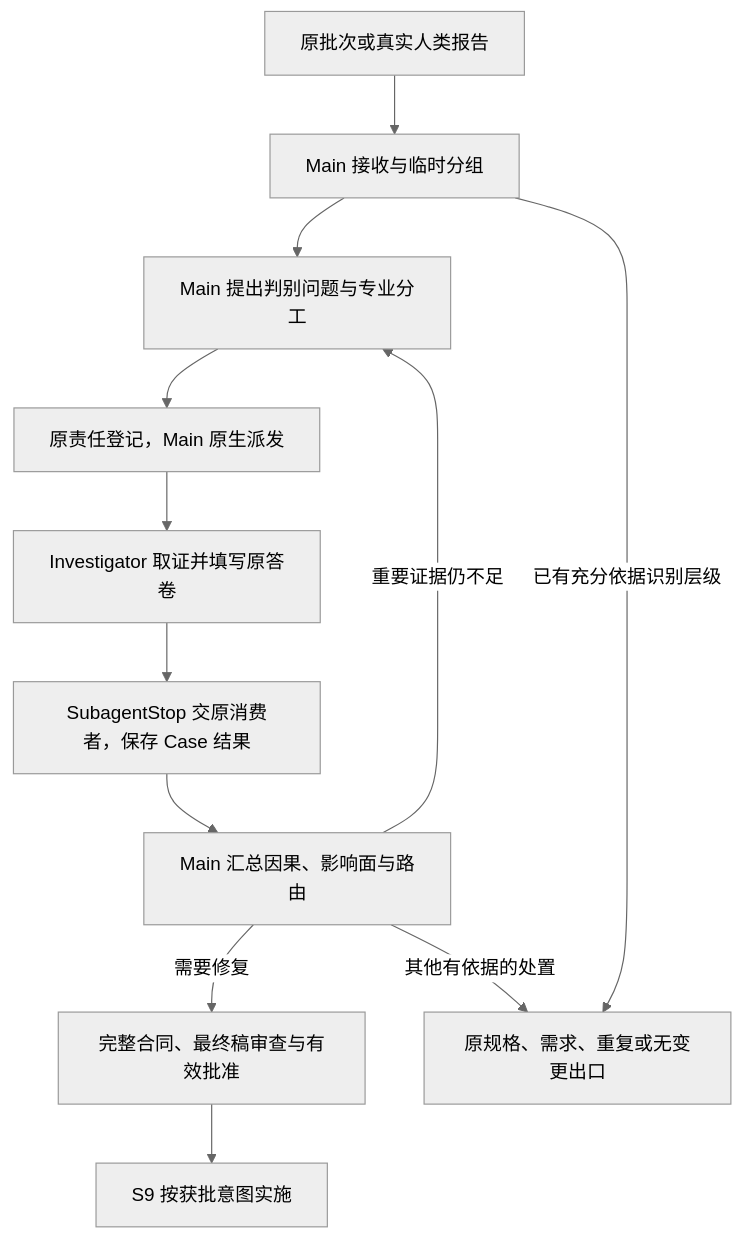
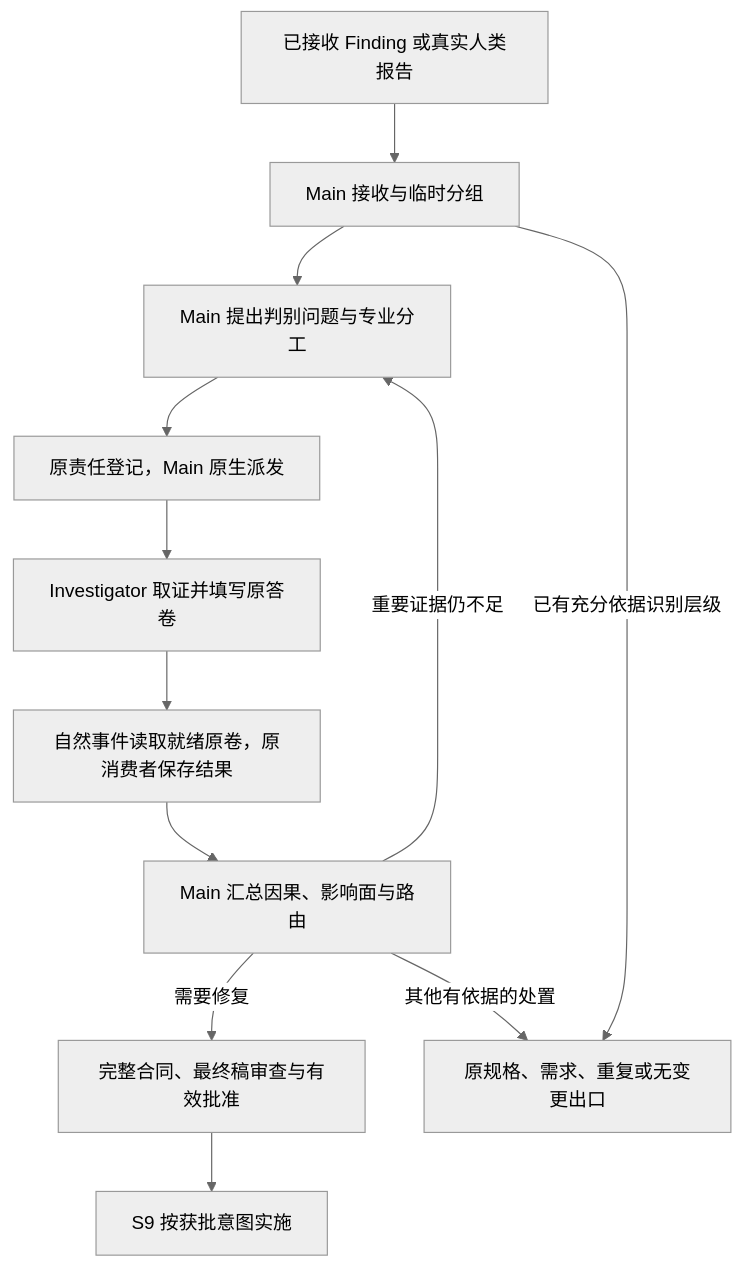
One commit to entroforge/go-system-builder changed the diagram in blueprint/l3-stages/L3-S8-finding-investigation.md. Above: the diagram before and after it, drawn with Mermaid (neutral theme). The commit also changed other lines of this file and 1694 other files, not shown here.

````diff
--- a/blueprint/l3-stages/L3-S8-finding-investigation.md
+++ b/blueprint/l3-stages/L3-S8-finding-investigation.md
@@ -192,14 +185,14 @@
 ```mermaid
 flowchart TD
-    SOURCE["原批次或真实人类报告"] --> INTAKE["Main 接收与临时分组"]
+    SOURCE["已接收 Finding 或真实人类报告"] --> INTAKE["Main 接收与临时分组"]
     INTAKE --> QUESTION["Main 提出判别问题与专业分工"]
     QUESTION --> DISPATCH["原责任登记，Main 原生派发"]
     DISPATCH --> WORK["Investigator 取证并填写原答卷"]
-    WORK --> RECEIVE["SubagentStop 交原消费者，保存 Case 结果"]
+    WORK --> RECEIVE["自然事件读取就绪原卷，原消费者保存结果"]
     RECEIVE --> CAUSE["Main 汇总因果、影响面与路由"]
     CAUSE -->|"重要证据仍不足"| QUESTION
     CAUSE -->|"需要修复"| CONTRACT["完整合同、最终稿审查与有效批准"]
     CONTRACT --> S9["S9 按获批意图实施"]
     INTAKE -->|"已有充分依据识别层级"| ROUTE["原规格、需求、重复或无变更出口"]
     CAUSE -->|"其他有依据的处置"| ROUTE
 ```
````
